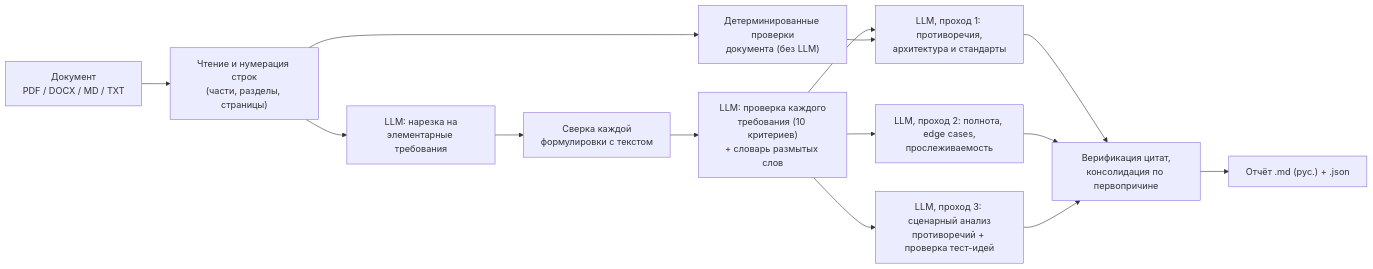
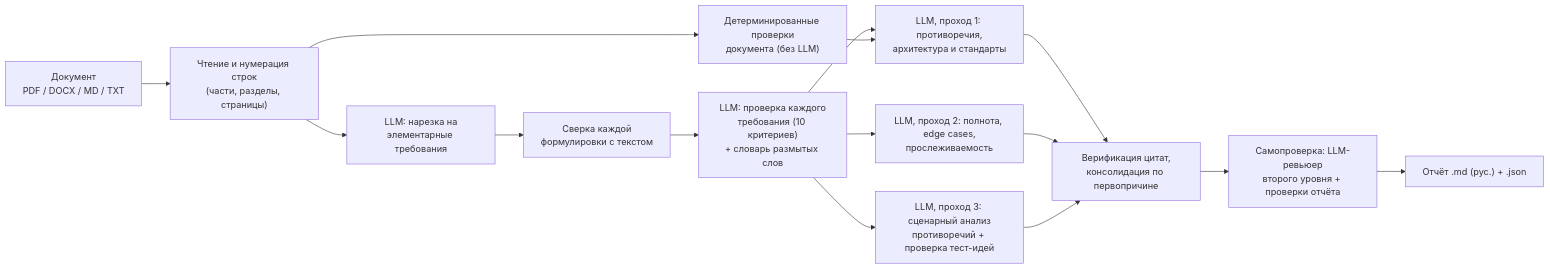
Before and after one commit to gooflamingo75/req-review-agent: the diagram in README.md, drawn with Mermaid. The commit also changed other lines of this file and 9 other files, not shown here.

First line of the commit message:
v2.2.0: самопроверка отчёта (LLM-ревьюер второго уровня), запрет выдуманных URL, согласованность критериев и дефектов, определение разделов, покрытие критериями приёмки

````diff
--- a/README.md
+++ b/README.md
@@ -128,16 +128,17 @@
 ```mermaid
 flowchart LR
     A["Документ<br>PDF / DOCX / MD / TXT"] --> B["Чтение и нумерация строк<br>(части, разделы, страницы)"]
     B --> C["LLM: нарезка на<br>элементарные требования"]
     C --> V1["Сверка каждой<br>формулировки с текстом"]
     V1 --> D["LLM: проверка каждого<br>требования (10 критериев)<br>+ словарь размытых слов"]
     D --> E1["LLM, проход 1: противоречия,<br>архитектура и стандарты"]
     D --> E2["LLM, проход 2: полнота, edge cases,<br>прослеживаемость"]
     D --> E3["LLM, проход 3: сценарный анализ<br>противоречий + проверка тест-идей"]
     B --> RL["Детерминированные проверки<br>документа (без LLM)"]
     RL --> E1
     E1 --> V2["Верификация цитат,<br>консолидация по первопричине"]
     E2 --> V2
     E3 --> V2
-    V2 --> F["Отчёт .md (рус.) + .json"]
+    V2 --> CR["Самопроверка: LLM-ревьюер<br>второго уровня + проверки отчёта"]
+    CR --> F["Отчёт .md (рус.) + .json"]
 ```
````
